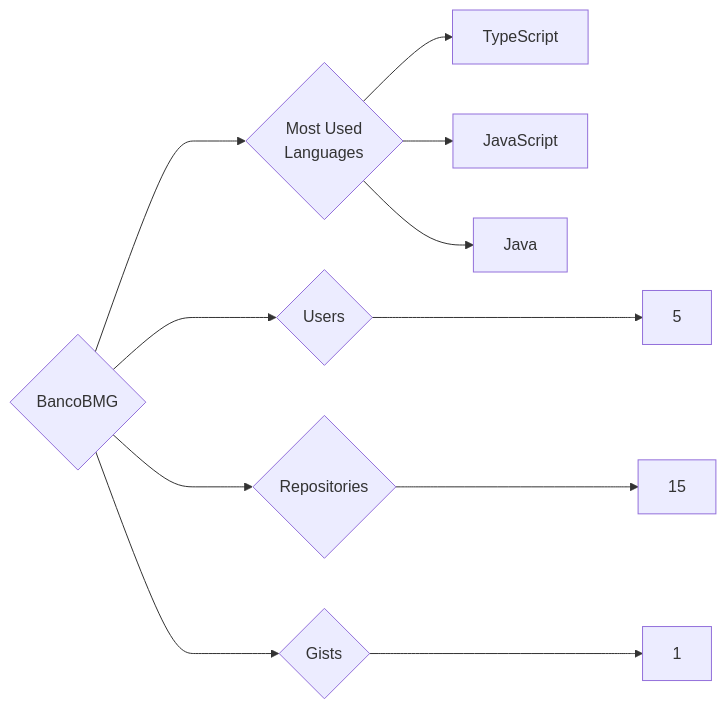
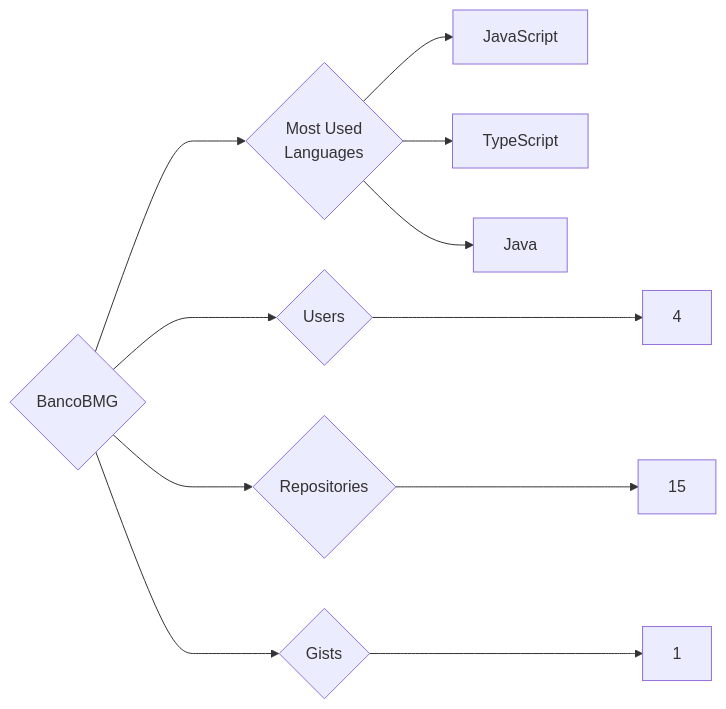
Before and after one commit to trickest/insiders: the diagram in targets/BancoBMG/README.md, drawn with Mermaid. The commit also changed 993 other files, not shown here.

````diff
--- a/targets/BancoBMG/README.md
+++ b/targets/BancoBMG/README.md
@@ -3,11 +3,11 @@
 ```mermaid
 graph LR
 COMPANY_NAME{BancoBMG}
-COMPANY_NAME ---> U{Users} ---> UN[5]
+COMPANY_NAME ---> U{Users} ---> UN[4]
 COMPANY_NAME ---> R{Repositories} ---> RN[15]
 COMPANY_NAME ---> G{Gists} ---> GN[1]
 COMPANY_NAME ---> ML{Most Used<br>Languages}
+ML --> JavaScript[JavaScript]
 ML --> TypeScript[TypeScript]
-ML --> JavaScript[JavaScript]
 ML --> Java[Java]
 ```
````
